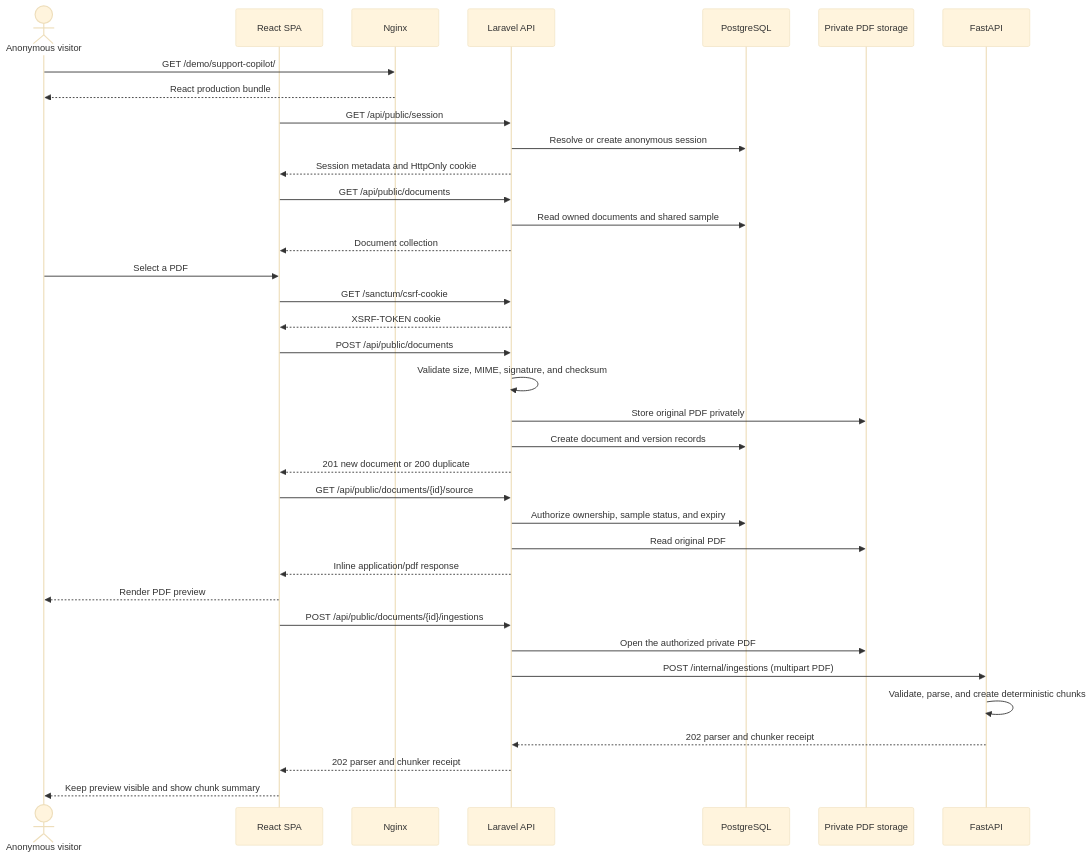
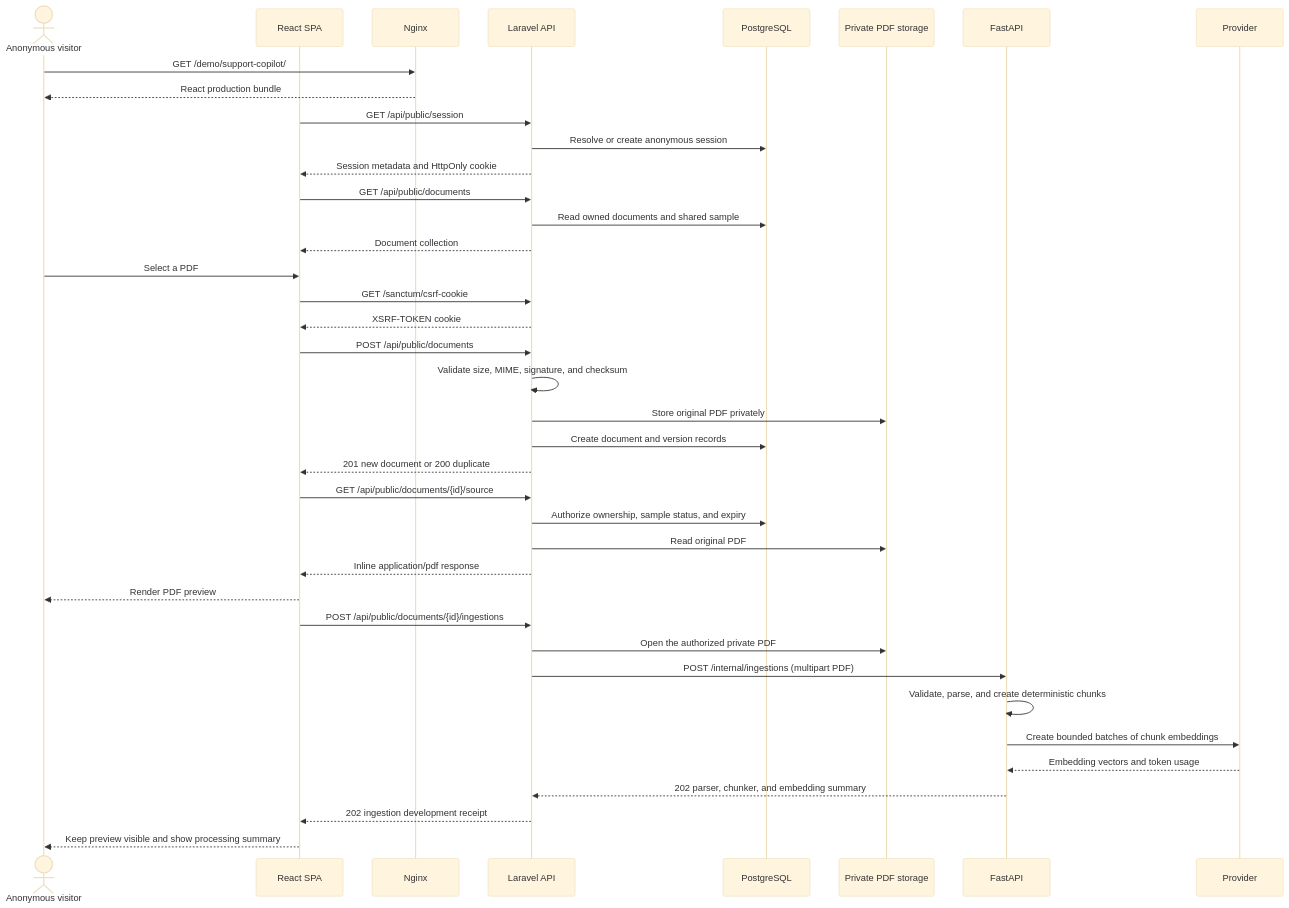
One commit to sangcnt/support-copilot changed the first of 2 diagrams in SERVICES_AND_REQUEST_FLOW.md. Above: the diagram before and after it, drawn with Mermaid (base theme). The commit also changed other lines of this file and 14 other files, not shown here.

Commit message:
generate bounded OpenAI embeddings

````diff
--- a/SERVICES_AND_REQUEST_FLOW.md
+++ b/SERVICES_AND_REQUEST_FLOW.md
@@ -232,39 +232,41 @@
 ```mermaid
 sequenceDiagram
     actor User as Anonymous visitor
     participant UI as React SPA
     participant Nginx
     participant API as Laravel API
     participant DB as PostgreSQL
     participant Files as Private PDF storage
     participant AI as FastAPI
 
     User->>Nginx: GET /demo/support-copilot/
     Nginx-->>User: React production bundle
     UI->>API: GET /api/public/session
     API->>DB: Resolve or create anonymous session
     API-->>UI: Session metadata and HttpOnly cookie
     UI->>API: GET /api/public/documents
     API->>DB: Read owned documents and shared sample
     API-->>UI: Document collection
     User->>UI: Select a PDF
     UI->>API: GET /sanctum/csrf-cookie
     API-->>UI: XSRF-TOKEN cookie
     UI->>API: POST /api/public/documents
     API->>API: Validate size, MIME, signature, and checksum
     API->>Files: Store original PDF privately
     API->>DB: Create document and version records
     API-->>UI: 201 new document or 200 duplicate
     UI->>API: GET /api/public/documents/{id}/source
     API->>DB: Authorize ownership, sample status, and expiry
     API->>Files: Read original PDF
     API-->>UI: Inline application/pdf response
     UI-->>User: Render PDF preview
     UI->>API: POST /api/public/documents/{id}/ingestions
     API->>Files: Open the authorized private PDF
     API->>AI: POST /internal/ingestions (multipart PDF)
     AI->>AI: Validate, parse, and create deterministic chunks
-    AI-->>API: 202 parser and chunker receipt
-    API-->>UI: 202 parser and chunker receipt
-    UI-->>User: Keep preview visible and show chunk summary
+    AI->>Provider: Create bounded batches of chunk embeddings
+    Provider-->>AI: Embedding vectors and token usage
+    AI-->>API: 202 parser, chunker, and embedding summary
+    API-->>UI: 202 ingestion development receipt
+    UI-->>User: Keep preview visible and show processing summary
 ```
````
